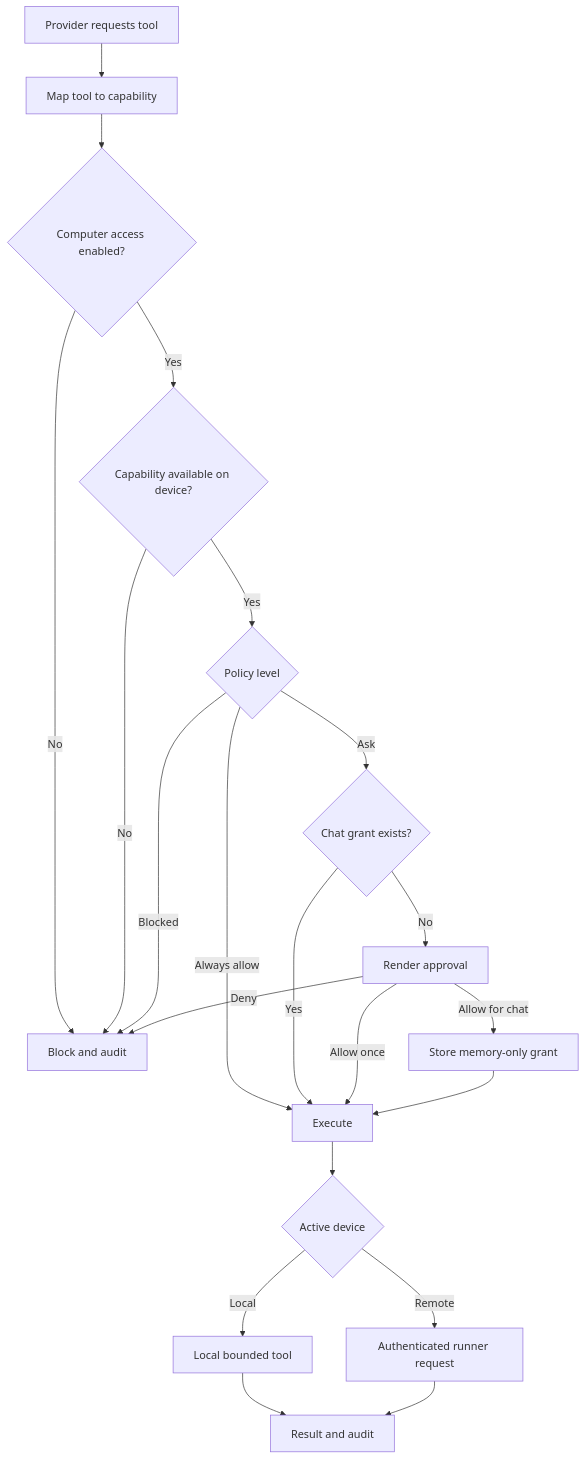
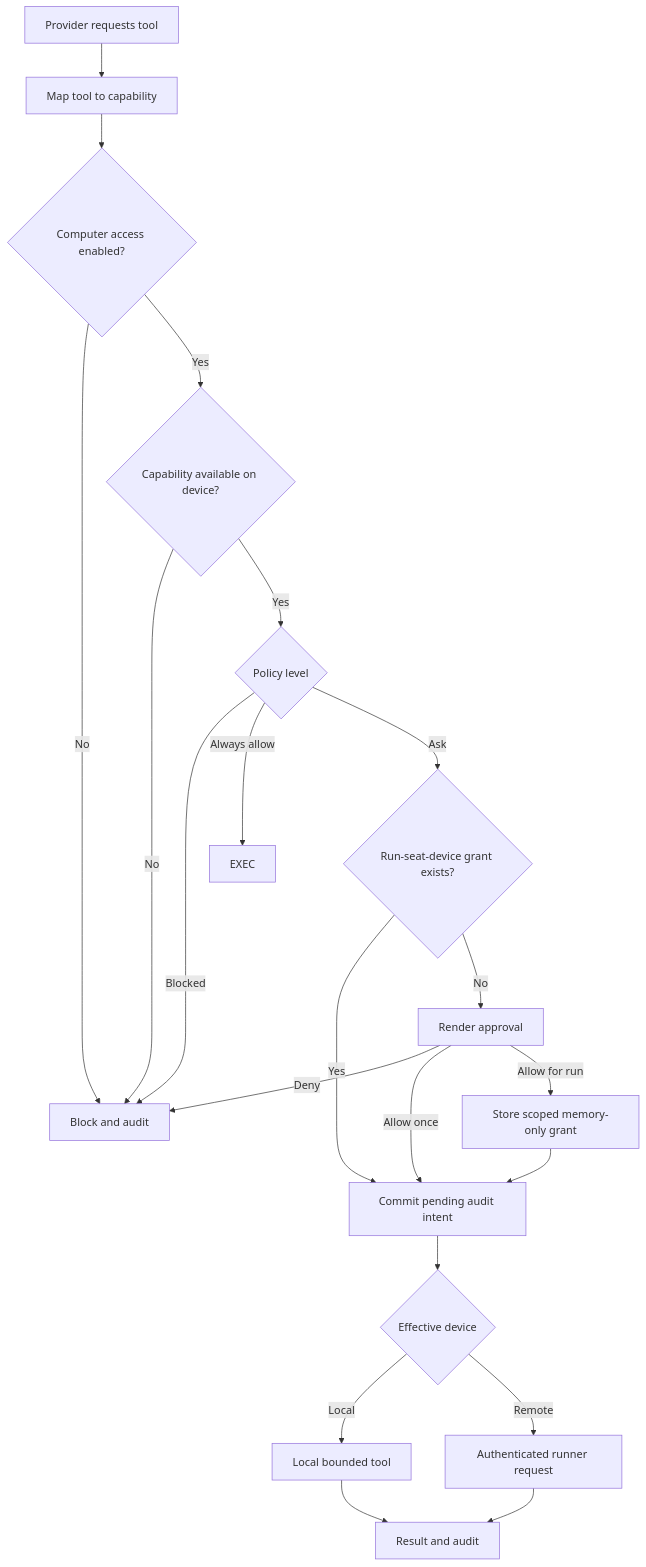
The ninth of 12 diagrams in docs/ARCHITECTURE.md (earlyaidopters/grokky), drawn with Mermaid before and after one commit. The commit also changed other lines of this file and 60 other files, not shown here.

````diff
--- a/docs/ARCHITECTURE.md
+++ b/docs/ARCHITECTURE.md
@@ -248,23 +291,23 @@
 ```mermaid
 flowchart TB
   TOOL[Provider requests tool] --> CAP[Map tool to capability]
   CAP --> MASTER{Computer access enabled?}
   MASTER -->|No| DENY[Block and audit]
   MASTER -->|Yes| AVAILABLE{Capability available on device?}
   AVAILABLE -->|No| DENY
   AVAILABLE -->|Yes| LEVEL{Policy level}
   LEVEL -->|Blocked| DENY
   LEVEL -->|Always allow| EXEC
-  LEVEL -->|Ask| CHAT{Chat grant exists?}
-  CHAT -->|Yes| EXEC[Execute]
+  LEVEL -->|Ask| CHAT{Run-seat-device grant exists?}
+  CHAT -->|Yes| INTENT
   CHAT -->|No| APPROVAL[Render approval]
   APPROVAL -->|Deny| DENY
-  APPROVAL -->|Allow once| EXEC
-  APPROVAL -->|Allow for chat| MEMORY[Store memory-only grant]
-  MEMORY --> EXEC
-  EXEC --> DEVICE{Active device}
+  APPROVAL -->|Allow once| INTENT[Commit pending audit intent]
+  APPROVAL -->|Allow for run| MEMORY[Store scoped memory-only grant]
+  MEMORY --> INTENT
+  INTENT --> DEVICE{Effective device}
   DEVICE -->|Local| LOCAL[Local bounded tool]
   DEVICE -->|Remote| REMOTE[Authenticated runner request]
   LOCAL --> AUDIT[Result and audit]
   REMOTE --> AUDIT
 ```
````
